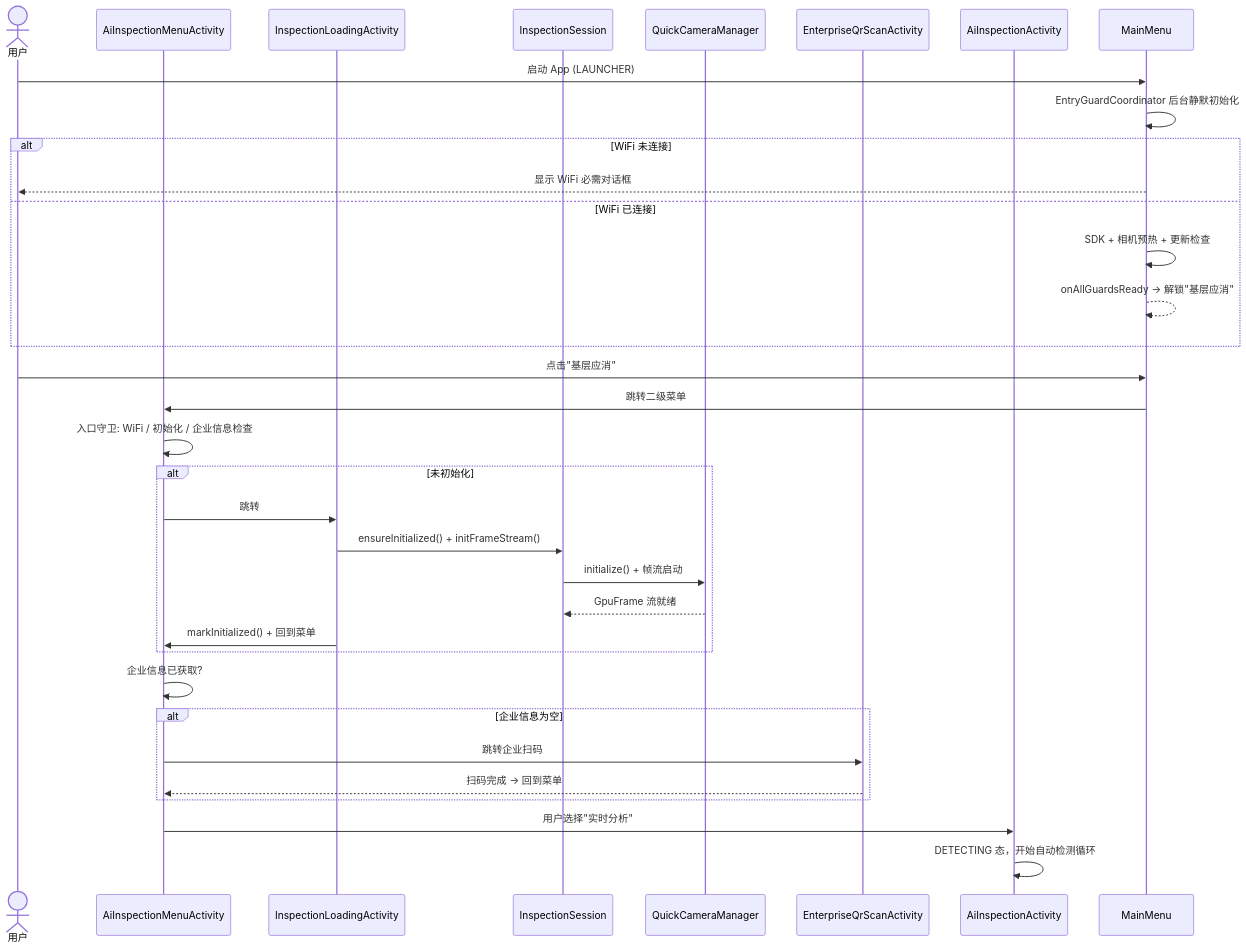
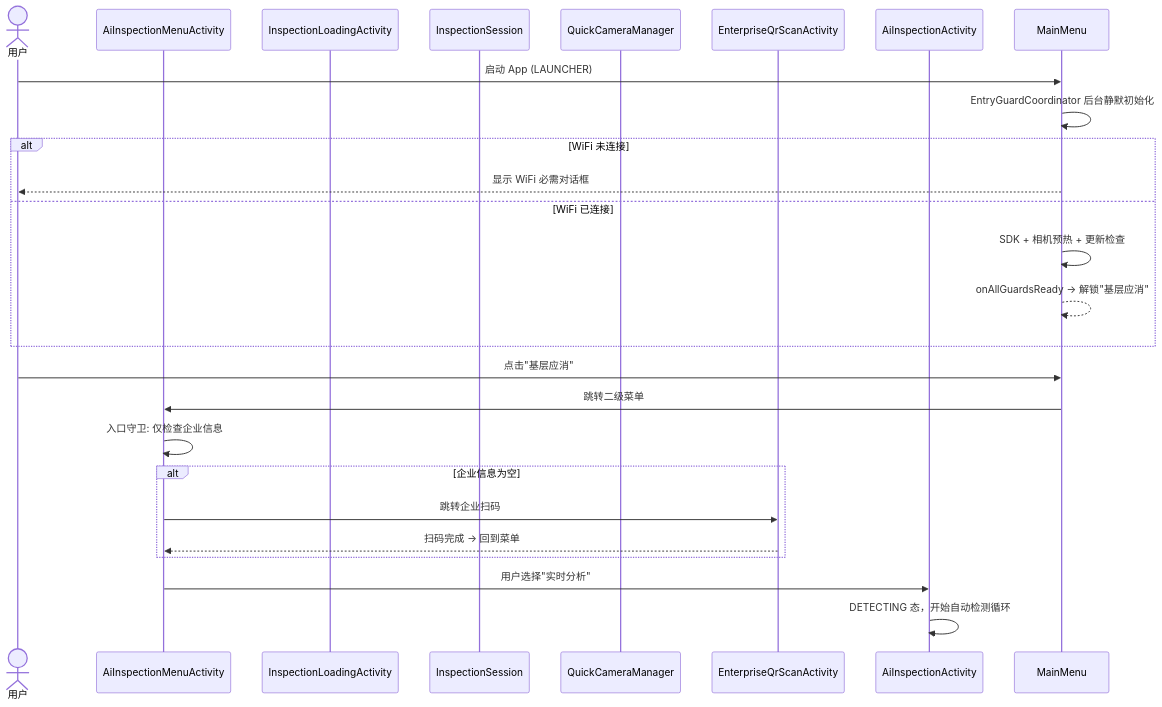
One commit to WuChaoli/HiddenRiskGlass changed the third of 9 diagrams in docs/CODEMAPS.md. Above: the diagram before and after it, drawn with Mermaid. The commit also changed 3 other files, not shown here.

````diff
--- a/docs/CODEMAPS.md
+++ b/docs/CODEMAPS.md
@@ -135,36 +135,28 @@
 ```mermaid
 sequenceDiagram
     actor User as 用户
     participant Menu as AiInspectionMenuActivity
     participant Loading as InspectionLoadingActivity
     participant Session as InspectionSession
     participant Camera as QuickCameraManager
     participant QrScan as EnterpriseQrScanActivity
     participant AI as AiInspectionActivity
 
     User->>MainMenu: 启动 App (LAUNCHER)
     MainMenu->>MainMenu: EntryGuardCoordinator 后台静默初始化
     alt WiFi 未连接
         MainMenu-->>User: 显示 WiFi 必需对话框
     else WiFi 已连接
         MainMenu->>MainMenu: SDK + 相机预热 + 更新检查
         MainMenu-->>MainMenu: onAllGuardsReady → 解锁"基层应消"
     end
     User->>MainMenu: 点击"基层应消"
     MainMenu->>Menu: 跳转二级菜单
-    Menu->>Menu: 入口守卫: WiFi / 初始化 / 企业信息检查
-    alt 未初始化
-        Menu->>Loading: 跳转
-        Loading->>Session: ensureInitialized() + initFrameStream()
-        Session->>Camera: initialize() + 帧流启动
-        Camera-->>Session: GpuFrame 流就绪
-        Loading->>Menu: markInitialized() + 回到菜单
-    end
-    Menu->>Menu: 企业信息已获取?
+    Menu->>Menu: 入口守卫: 仅检查企业信息
     alt 企业信息为空
         Menu->>QrScan: 跳转企业扫码
         QrScan-->>Menu: 扫码完成 → 回到菜单
     end
     Menu->>AI: 用户选择"实时分析"
     AI->>AI: DETECTING 态，开始自动检测循环
 ```
````
